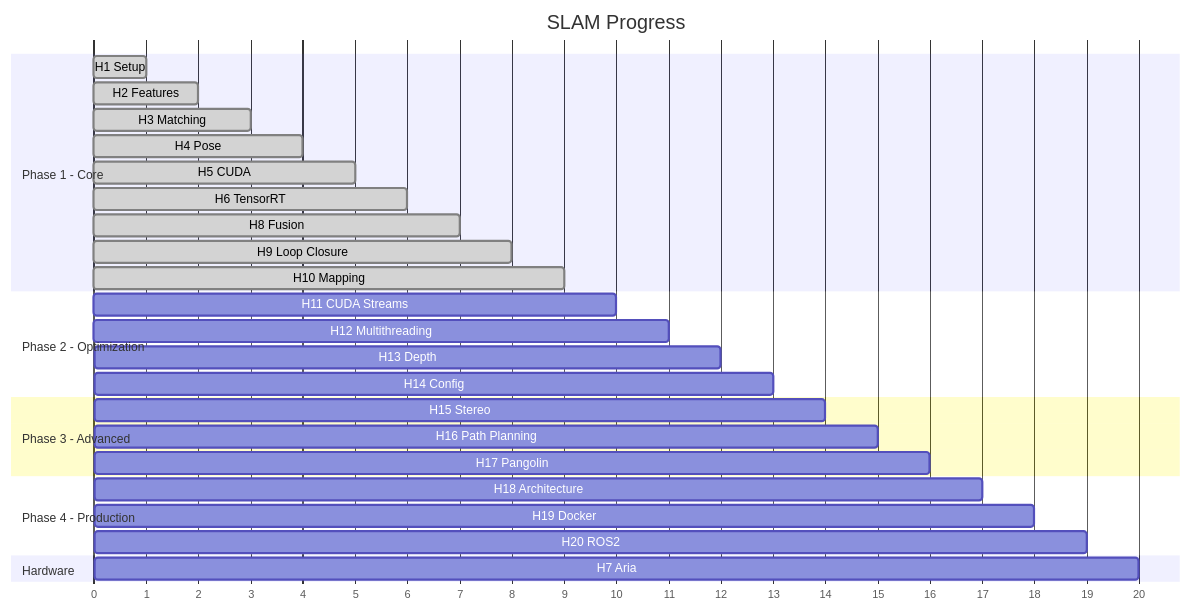
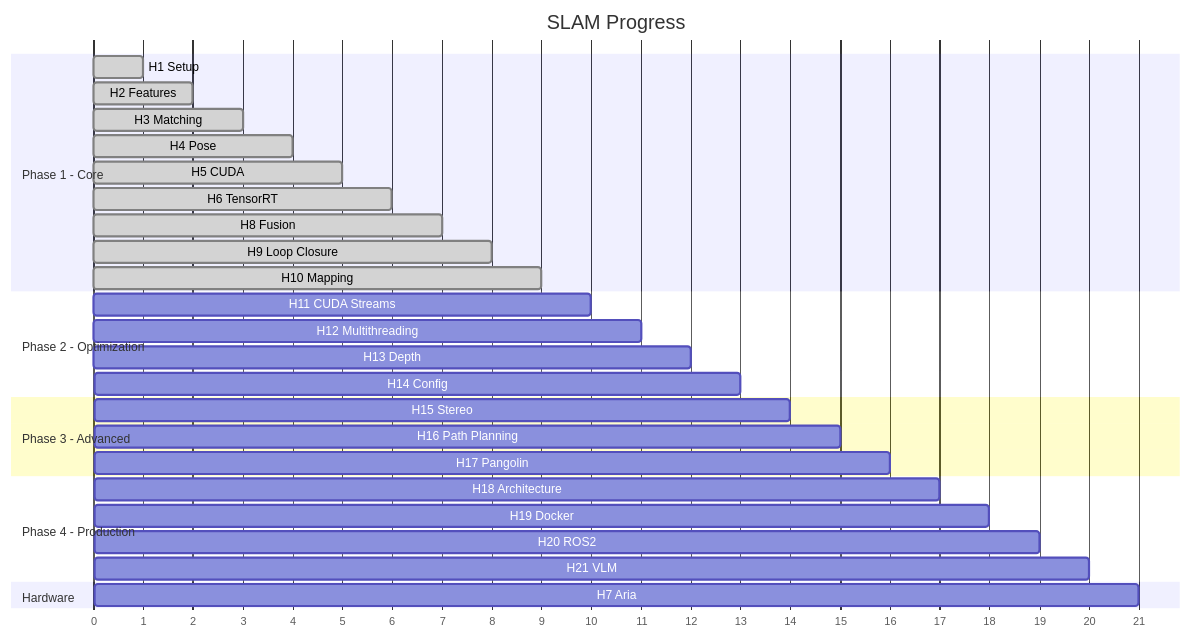
One commit to robertteleng/aria-slam changed diagram 12 of 12 in README.md. Above: the diagram before and after it, drawn with Mermaid. The commit also changed other lines of this file, not shown here.

Commit message:
docs: add H21 VLM Integration milestone (FastVLM via ROS2)

````diff
--- a/README.md
+++ b/README.md
@@ -531,36 +532,37 @@
 ```mermaid
 gantt
     title SLAM Progress
     dateFormat X
     axisFormat %s
 
     section Phase 1 - Core
     H1 Setup           :done, h1, 0, 1
     H2 Features        :done, h2, 1, 2
     H3 Matching        :done, h3, 2, 3
     H4 Pose            :done, h4, 3, 4
     H5 CUDA            :done, h5, 4, 5
     H6 TensorRT        :done, h6, 5, 6
     H8 Fusion          :done, h8, 6, 7
     H9 Loop Closure    :done, h9, 7, 8
     H10 Mapping        :done, h10, 8, 9
 
     section Phase 2 - Optimization
     H11 CUDA Streams   :h11, 9, 10
     H12 Multithreading :h12, 10, 11
     H13 Depth          :h13, 11, 12
     H14 Config         :h14, 12, 13
 
     section Phase 3 - Advanced
     H15 Stereo         :h15, 13, 14
     H16 Path Planning  :h16, 14, 15
     H17 Pangolin       :h17, 15, 16
 
     section Phase 4 - Production
     H18 Architecture   :h18, 16, 17
     H19 Docker         :h19, 17, 18
     H20 ROS2           :h20, 18, 19
+    H21 VLM            :h21, 19, 20
 
     section Hardware
-    H7 Aria            :h7, 19, 20
+    H7 Aria            :h7, 20, 21
 ```
````
